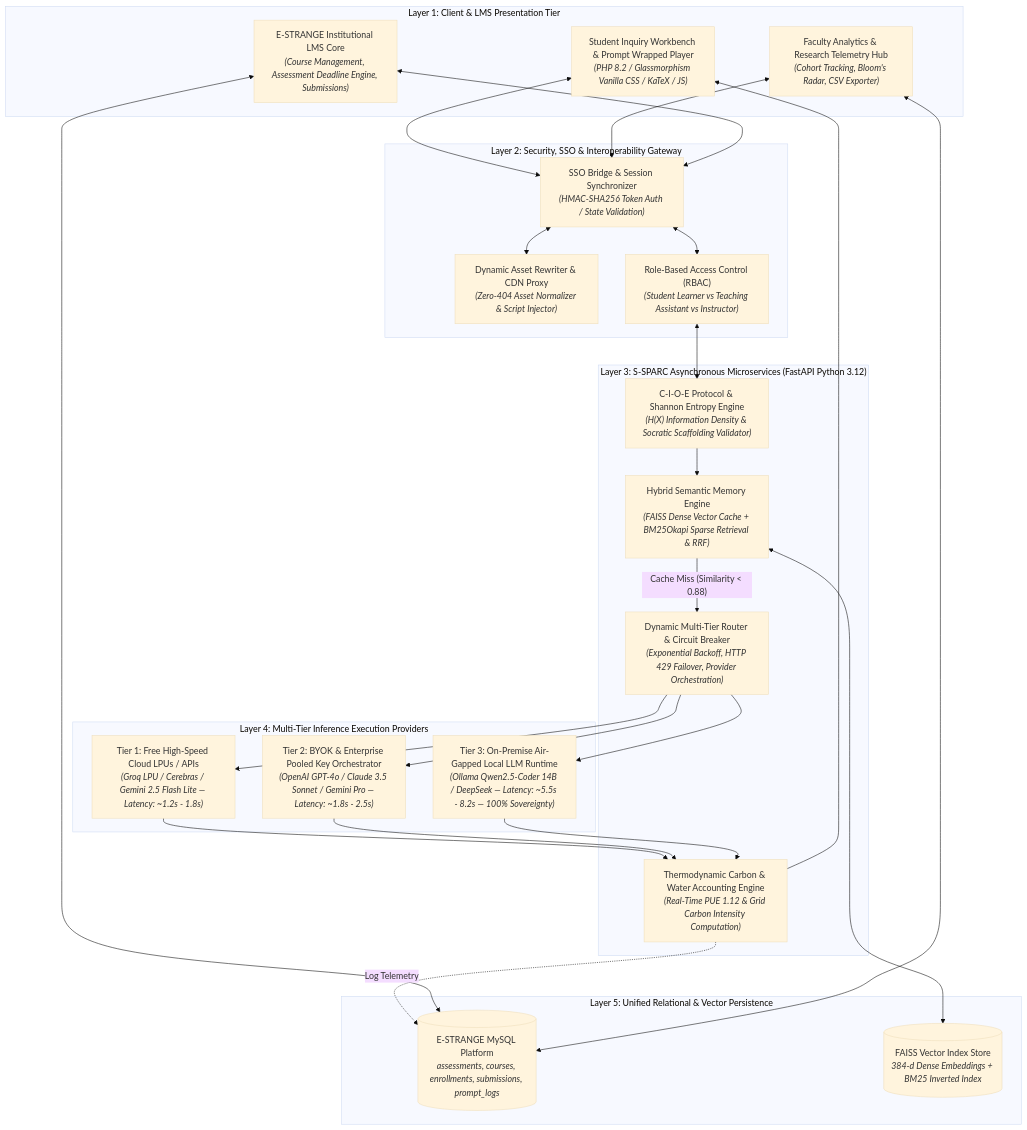
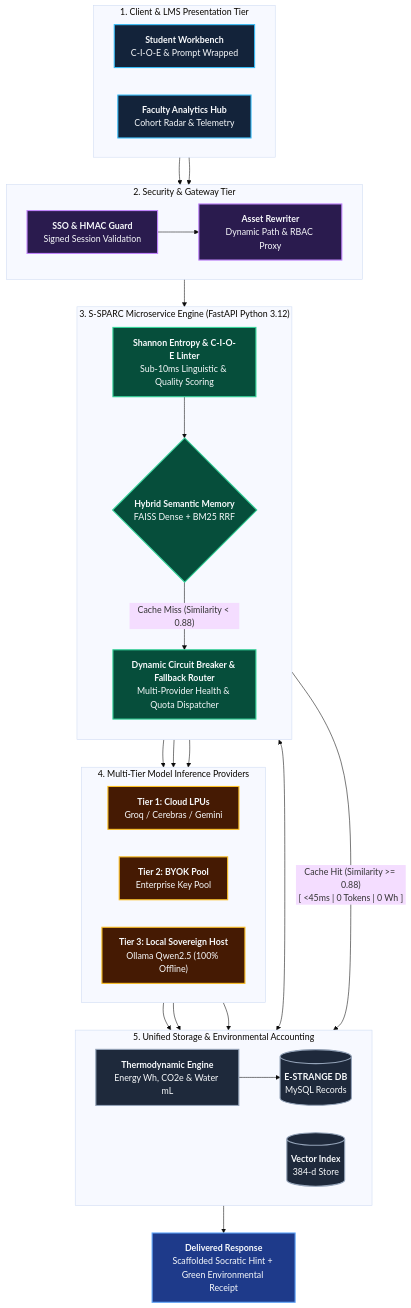
One commit to 06202003/s-sparc changed the sixth of 7 diagrams in docs/S_SPARC_COMPREHENSIVE_WHITEPAPER.md. Above: the diagram before and after it, drawn with Mermaid (base theme). The commit also changed 3 other files, not shown here.

Commit message:
fix(docs): redesign section 11 architecture diagram for clean top-to-bottom layout, high contrast, and crisp readability

````diff
--- a/docs/S_SPARC_COMPREHENSIVE_WHITEPAPER.md
+++ b/docs/S_SPARC_COMPREHENSIVE_WHITEPAPER.md
@@ -343,52 +343,66 @@
 ```mermaid
-graph TB
-    subgraph Client_Layer ["Layer 1: Client & LMS Presentation Tier"]
-        UI["Student Inquiry Workbench & Prompt Wrapped Player<br/><i>(PHP 8.2 / Glassmorphism Vanilla CSS / KaTeX / JS)</i>"]
-        Fac["Faculty Analytics & Research Telemetry Hub<br/><i>(Cohort Tracking, Bloom's Radar, CSV Exporter)</i>"]
-        LMS["E-STRANGE Institutional LMS Core<br/><i>(Course Management, Assessment Deadline Engine, Submissions)</i>"]
+flowchart TD
+    classDef client fill:#13233a,stroke:#38bdf8,stroke-width:2px,color:#f8fafc;
+    classDef gateway fill:#2a1b4e,stroke:#c084fc,stroke-width:2px,color:#f8fafc;
+    classDef microservice fill:#064e3b,stroke:#34d399,stroke-width:2px,color:#f8fafc;
+    classDef provider fill:#451a03,stroke:#fbbf24,stroke-width:2px,color:#f8fafc;
+    classDef data fill:#1e293b,stroke:#94a3b8,stroke-width:2px,color:#f8fafc;
+    classDef output fill:#1e3a8a,stroke:#60a5fa,stroke-width:2px,color:#f8fafc;
+
+    subgraph L1 ["1. Client & LMS Presentation Tier"]
+        direction LR
+        UI["<b>Student Workbench</b><br/>C-I-O-E & Prompt Wrapped"]:::client
+        FAC["<b>Faculty Analytics Hub</b><br/>Cohort Radar & Telemetry"]:::client
     end
 
-    subgraph Gateway_Layer ["Layer 2: Security, SSO & Interoperability Gateway"]
-        SSO["SSO Bridge & Session Synchronizer<br/><i>(HMAC-SHA256 Token Auth / State Validation)</i>"]
-        Asset["Dynamic Asset Rewriter & CDN Proxy<br/><i>(Zero-404 Asset Normalizer & Script Injector)</i>"]
-        Auth["Role-Based Access Control (RBAC)<br/><i>(Student Learner vs Teaching Assistant vs Instructor)</i>"]
+    subgraph L2 ["2. Security & Gateway Tier"]
+        direction LR
+        SSO["<b>SSO & HMAC Guard</b><br/>Signed Session Validation"]:::gateway
+        PROXY["<b>Asset Rewriter</b><br/>Dynamic Path & RBAC Proxy"]:::gateway
     end
 
-    subgraph Service_Layer ["Layer 3: S-SPARC Asynchronous Microservices (FastAPI Python 3.12)"]
-        Linter["C-I-O-E Protocol & Shannon Entropy Engine<br/><i>(H(X) Information Density & Socratic Scaffolding Validator)</i>"]
-        Memory["Hybrid Semantic Memory Engine<br/><i>(FAISS Dense Vector Cache + BM25Okapi Sparse Retrieval & RRF)</i>"]
-        Router["Dynamic Multi-Tier Router & Circuit Breaker<br/><i>(Exponential Backoff, HTTP 429 Failover, Provider Orchestration)</i>"]
-        Green["Thermodynamic Carbon & Water Accounting Engine<br/><i>(Real-Time PUE 1.12 & Grid Carbon Intensity Computation)</i>"]
+    subgraph L3 ["3. S-SPARC Microservice Engine (FastAPI Python 3.12)"]
+        direction TB
+        LINT["<b>Shannon Entropy & C-I-O-E Linter</b><br/>Sub-10ms Linguistic & Quality Scoring"]:::microservice
+        CACHE{"<b>Hybrid Semantic Memory</b><br/>FAISS Dense + BM25 RRF"}:::microservice
+        ROUTER["<b>Dynamic Circuit Breaker & Fallback Router</b><br/>Multi-Provider Health & Quota Dispatcher"]:::microservice
     end
 
-    subgraph Model_Execution_Layer ["Layer 4: Multi-Tier Inference Execution Providers"]
-        T1["Tier 1: Free High-Speed Cloud LPUs / APIs<br/><i>(Groq LPU / Cerebras / Gemini 2.5 Flash Lite — Latency: ~1.2s - 1.8s)</i>"]
-        T2["Tier 2: BYOK & Enterprise Pooled Key Orchestrator<br/><i>(OpenAI GPT-4o / Claude 3.5 Sonnet / Gemini Pro — Latency: ~1.8s - 2.5s)</i>"]
-        T3["Tier 3: On-Premise Air-Gapped Local LLM Runtime<br/><i>(Ollama Qwen2.5-Coder 14B / DeepSeek — Latency: ~5.5s - 8.2s — 100% Sovereignty)</i>"]
+    subgraph L4 ["4. Multi-Tier Model Inference Providers"]
+        direction LR
+        T1["<b>Tier 1: Cloud LPUs</b><br/>Groq / Cerebras / Gemini"]:::provider
+        T2["<b>Tier 2: BYOK Pool</b><br/>Enterprise Key Pool"]:::provider
+        T3["<b>Tier 3: Local Sovereign Host</b><br/>Ollama Qwen2.5 (100% Offline)"]:::provider
     end
 
-    subgraph Database_Layer ["Layer 5: Unified Relational & Vector Persistence"]
-        DB_SQL[("E-STRANGE MySQL Platform<br/><i>assessments, courses, enrollments, submissions, prompt_logs</i>")]
-        DB_VEC[("FAISS Vector Index Store<br/><i>384-d Dense Embeddings + BM25 Inverted Index</i>")]
+    subgraph L5 ["5. Unified Storage & Environmental Accounting"]
+        direction LR
+        ECO["<b>Thermodynamic Engine</b><br/>Energy Wh, CO2e & Water mL"]:::data
+        DB_SQL[("<b>E-STRANGE DB</b><br/>MySQL Records")]:::data
+        DB_VEC[("<b>Vector Index</b><br/>384-d Store")]:::data
     end
 
-    UI <--> SSO
-    Fac <--> SSO
-    LMS <--> SSO
-    SSO <--> Auth
-    SSO <--> Asset
-    Auth <--> Linter
-    Linter --> Memory
-    Memory <--> DB_VEC
-    Memory -- "Cache Miss (Similarity < 0.88)" --> Router
-    Router --> T1
-    Router --> T2
-    Router --> T3
-    T1 --> Green
-    T2 --> Green
-    T3 --> Green
-    Green --> UI
-    Green -. "Log Telemetry" .-> DB_SQL
-    LMS <--> DB_SQL
-    Fac <--> DB_SQL
+    OUT["<b>Delivered Response</b><br/>Scaffolded Socratic Hint + Green Environmental Receipt"]:::output
+
+    %% Clean Pipeline Flow
+    UI --> SSO
+    FAC --> SSO
+    SSO --> PROXY
+    PROXY --> LINT
+    LINT --> CACHE
+
+    CACHE <--> DB_VEC
+    CACHE -- "Cache Hit (Similarity >= 0.88)<br/>[ <45ms | 0 Tokens | 0 Wh ]" --> ECO
+    CACHE -- "Cache Miss (Similarity < 0.88)" --> ROUTER
+
+    ROUTER --> T1
+    ROUTER --> T2
+    ROUTER --> T3
+
+    T1 --> ECO
+    T2 --> ECO
+    T3 --> ECO
+
+    ECO --> DB_SQL
+    ECO --> OUT
 ```
````
